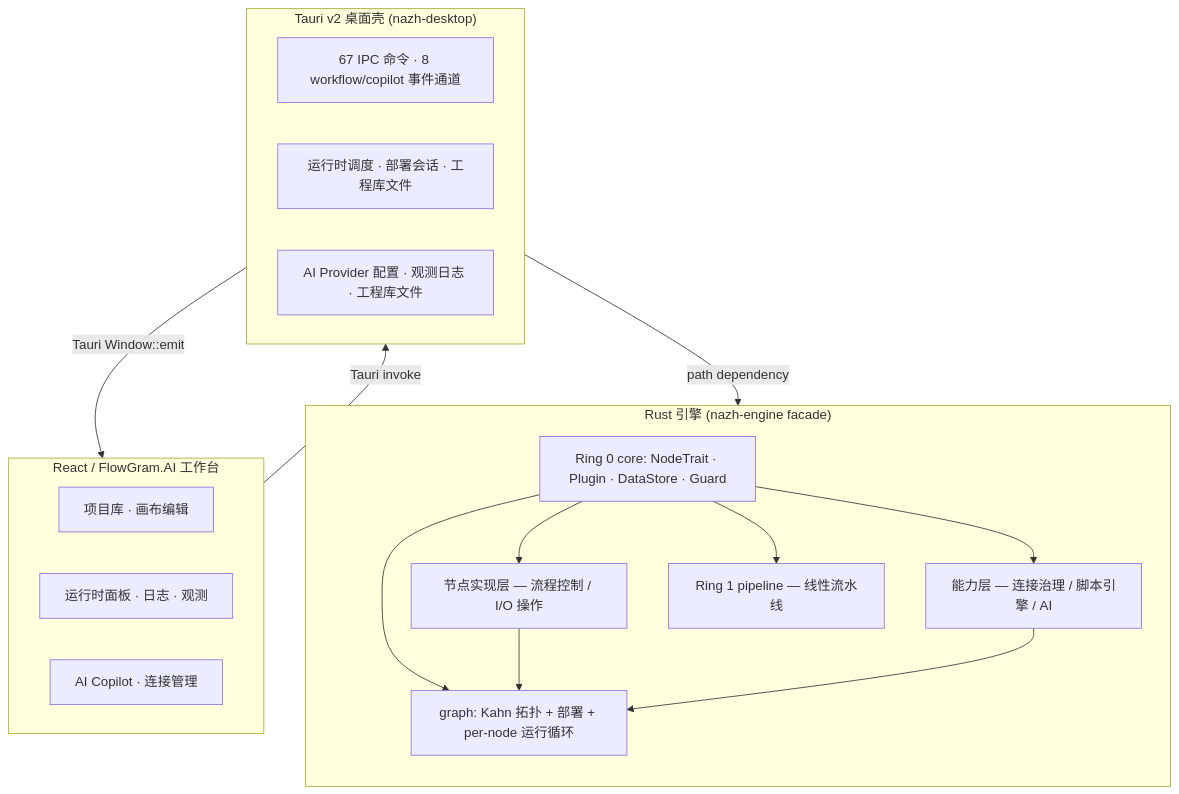
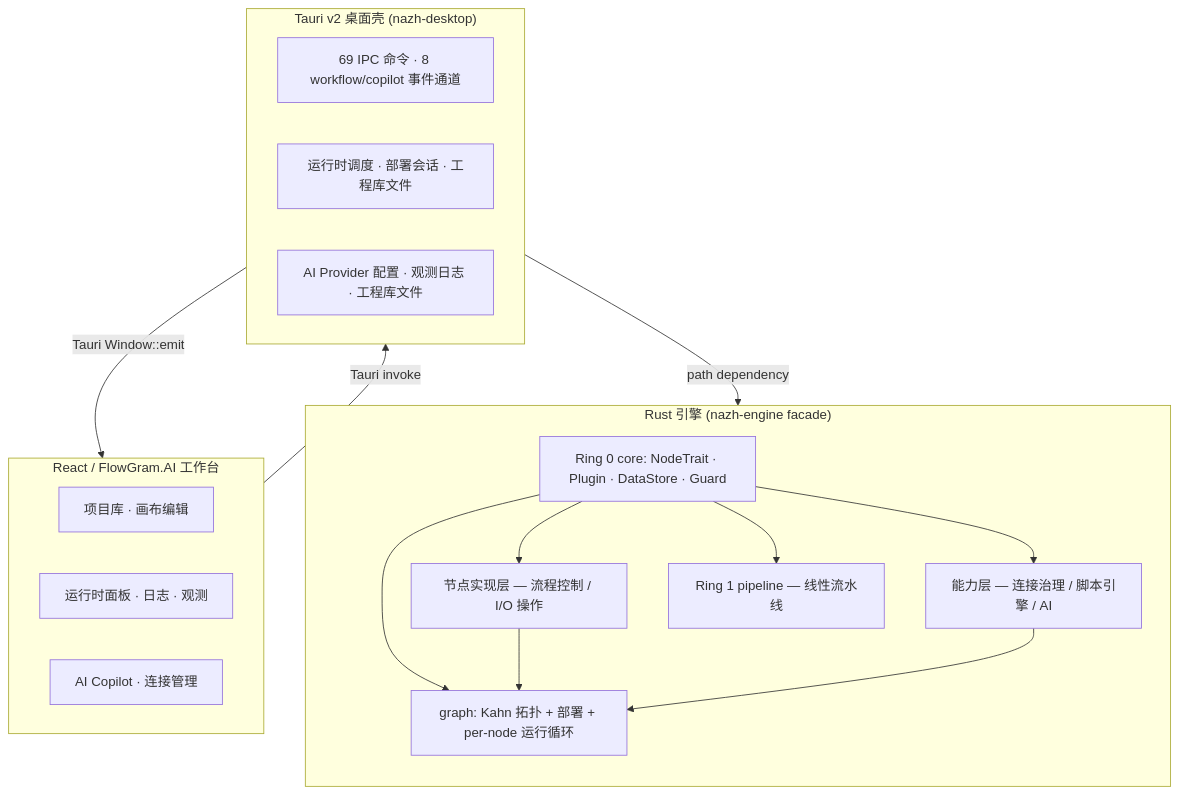
One commit to ssXue/Nazh changed the diagram in README.md. Above: the diagram before and after it, drawn with Mermaid. The commit also changed 17 other files, not shown here.

````diff
--- a/README.md
+++ b/README.md
@@ -47,33 +47,33 @@
 ```mermaid
 flowchart TB
     subgraph Frontend["React / FlowGram.AI 工作台"]
         F1["项目库 · 画布编辑"]
         F2["运行时面板 · 日志 · 观测"]
         F3["AI Copilot · 连接管理"]
     end
 
     subgraph Shell["Tauri v2 桌面壳 (nazh-desktop)"]
-        S1["67 IPC 命令 · 8 workflow/copilot 事件通道"]
+        S1["69 IPC 命令 · 8 workflow/copilot 事件通道"]
         S2["运行时调度 · 部署会话 · 工程库文件"]
         S3["AI Provider 配置 · 观测日志 · 工程库文件"]
     end
 
     subgraph Engine["Rust 引擎 (nazh-engine facade)"]
         direction TB
         C0["Ring 0 core: NodeTrait · Plugin · DataStore · Guard"]
         C1a["节点实现层 — 流程控制 / I/O 操作"]
         C1b["能力层 — 连接治理 / 脚本引擎 / AI"]
         C1c["Ring 1 pipeline — 线性流水线"]
         G["graph: Kahn 拓扑 + 部署 + per-node 运行循环"]
         C0 --> C1a
         C0 --> C1b
         C0 --> C1c
         C0 --> G
         C1a --> G
         C1b --> G
     end
 
     Frontend -- "Tauri invoke" --> Shell
     Shell -- "Tauri Window::emit" --> Frontend
     Shell -- "path dependency" --> Engine
 ```
````
